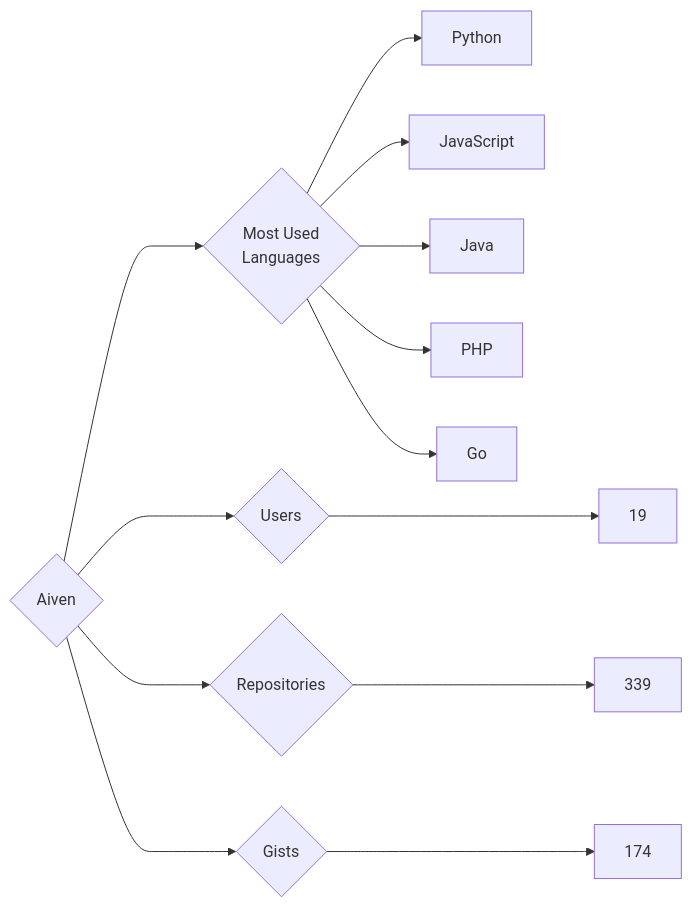
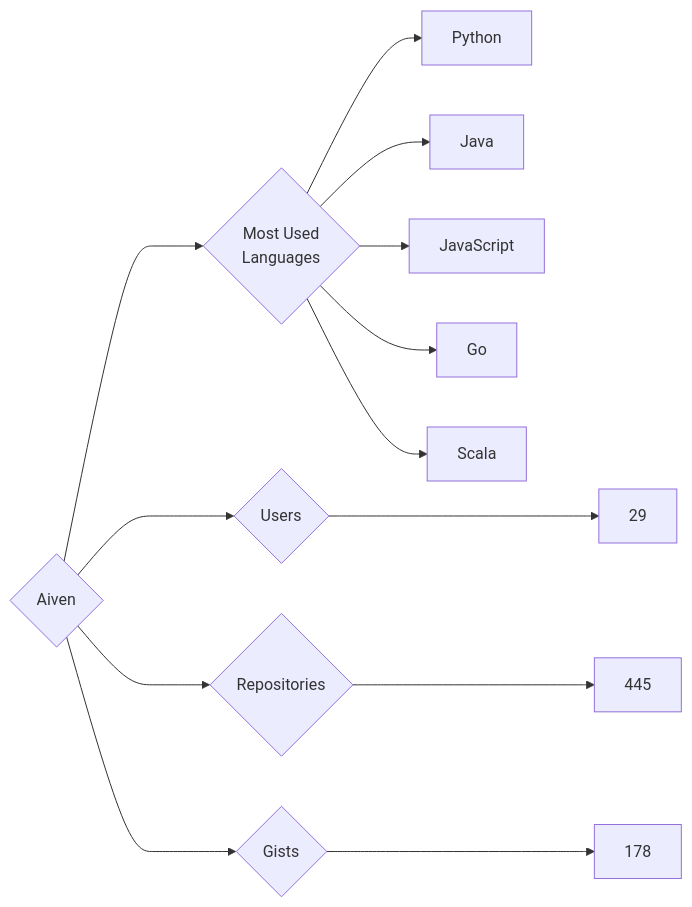
The diagram in targets/Aiven/README.md (trickest/insiders), drawn with Mermaid before and after one commit. The commit also changed 681 other files, not shown here.

````diff
--- a/targets/Aiven/README.md
+++ b/targets/Aiven/README.md
@@ -3,13 +3,13 @@
 ```mermaid
 graph LR
 COMPANY_NAME{Aiven}
-COMPANY_NAME ---> U{Users} ---> UN[19]
-COMPANY_NAME ---> R{Repositories} ---> RN[339]
-COMPANY_NAME ---> G{Gists} ---> GN[174]
+COMPANY_NAME ---> U{Users} ---> UN[29]
+COMPANY_NAME ---> R{Repositories} ---> RN[445]
+COMPANY_NAME ---> G{Gists} ---> GN[178]
 COMPANY_NAME ---> ML{Most Used<br>Languages}
 ML --> Python[Python]
+ML --> Java[Java]
 ML --> JavaScript[JavaScript]
-ML --> Java[Java]
-ML --> PHP[PHP]
 ML --> Go[Go]
+ML --> Scala[Scala]
 ```
````
